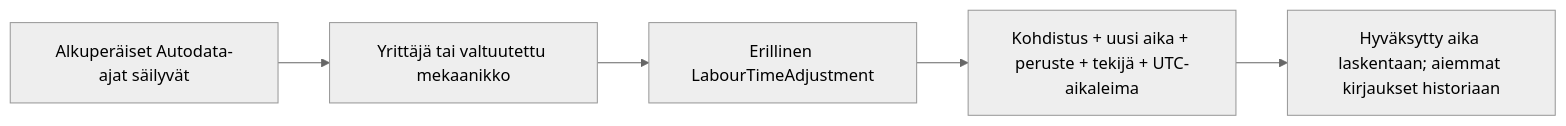
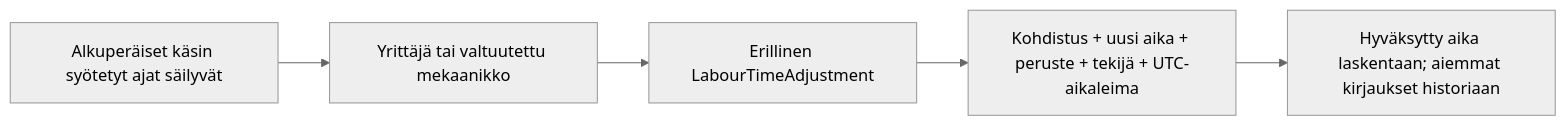
Before and after one commit to elissei/CarbitOy: the third of 3 diagrams in docs/visualizations/domain-vaihe-1.md, drawn with Mermaid (neutral theme). The commit also changed other lines of this file and 5 other files, not shown here.

````diff
--- a/docs/visualizations/domain-vaihe-1.md
+++ b/docs/visualizations/domain-vaihe-1.md
@@ -65,7 +70,7 @@
 ```mermaid
 flowchart LR
-  A["Alkuperäiset Autodata-ajat säilyvät"] --> B["Yrittäjä tai valtuutettu mekaanikko"]
+  A["Alkuperäiset käsin syötetyt ajat säilyvät"] --> B["Yrittäjä tai valtuutettu mekaanikko"]
   B --> C["Erillinen LabourTimeAdjustment"]
   C --> D["Kohdistus + uusi aika + peruste + tekijä + UTC-aikaleima"]
   D --> E["Hyväksytty aika laskentaan; aiemmat kirjaukset historiaan"]
 ```
````
